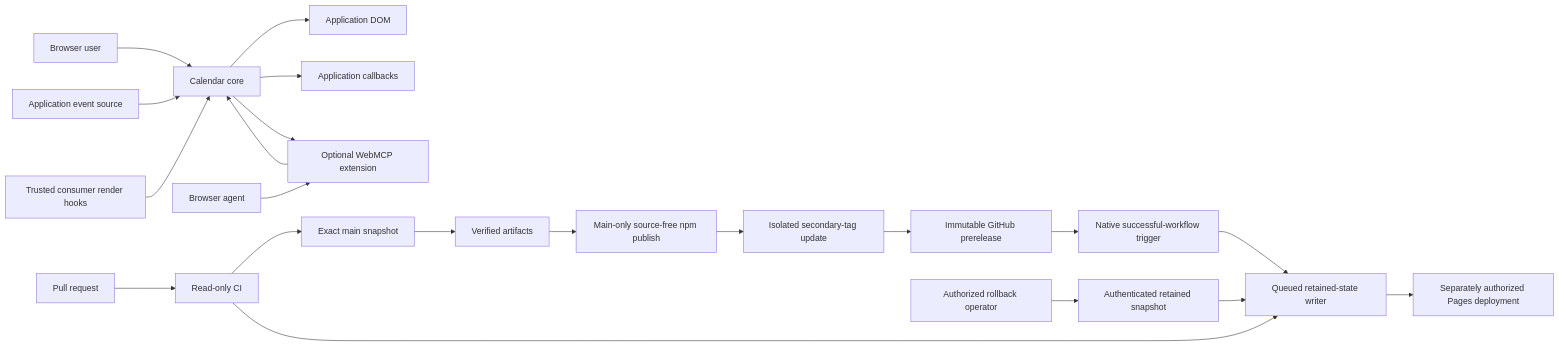
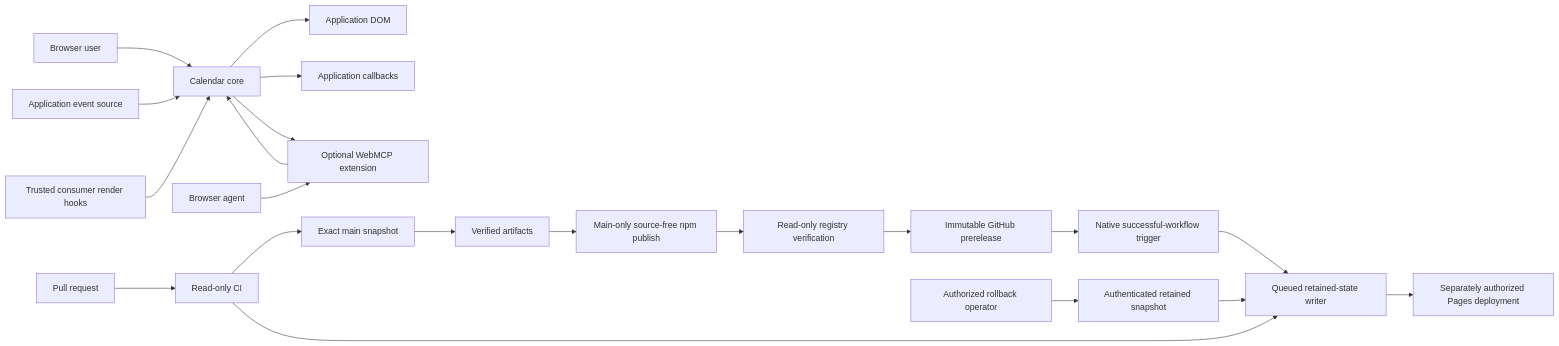
Before and after one commit to tryagaindev/litefold-calendar: the diagram in docs/security-model.md, drawn with Mermaid. The commit also changed other lines of this file and 15 other files, not shown here.

Commit message:
ci: publish nightlies through OIDC without tag tokens

````diff
--- a/docs/security-model.md
+++ b/docs/security-model.md
@@ -47,27 +47,27 @@
 ```mermaid
 flowchart LR
   accTitle: Litefold Calendar runtime and publication trust paths
   accDescr {
-    At runtime, browser users, application event sources, trusted render hooks, and the optional WebMCP extension interact with the calendar core, DOM, and callbacks. Separately, read-only CI verifies the exact main commit and can update the queued retained-state writer directly. Verified artifacts pass through main-only trusted npm publication, an isolated secondary-tag update, and an immutable GitHub prerelease before triggering that writer; an authorized rollback may instead supply an authenticated retained snapshot. The writer hands the exact snapshot to a separately authorized Pages deployment.
+    At runtime, browser users, application event sources, trusted render hooks, and the optional WebMCP extension interact with the calendar core, DOM, and callbacks. Separately, read-only CI verifies the exact main commit and can update the queued retained-state writer directly. Verified artifacts pass through main-only OIDC npm publication, read-only registry and unchanged-latest verification, and an immutable GitHub prerelease before triggering that writer; an authorized rollback may instead supply an authenticated retained snapshot. The writer hands the exact snapshot to a separately authorized Pages deployment.
   }
   U[Browser user] --> C[Calendar core]
   S[Application event source] --> C
   C --> D[Application DOM]
   C --> A[Application callbacks]
   M[Browser agent] --> W[Optional WebMCP extension]
   W --> C
   C --> W
   E[Trusted consumer render hooks] --> C
   P[Pull request] --> V[Read-only CI]
   V --> R[Exact main snapshot]
   R --> B[Verified artifacts]
   B --> N[Main-only source-free npm publish]
-  N --> L[Isolated secondary-tag update]
+  N --> L[Read-only registry verification]
   L --> G[Immutable GitHub prerelease]
   G --> Q[Native successful-workflow trigger]
   V --> X[Queued retained-state writer]
   Q --> X
   O[Authorized rollback operator] --> T[Authenticated retained snapshot]
   T --> X
   X --> H[Separately authorized Pages deployment]
 ```
````
